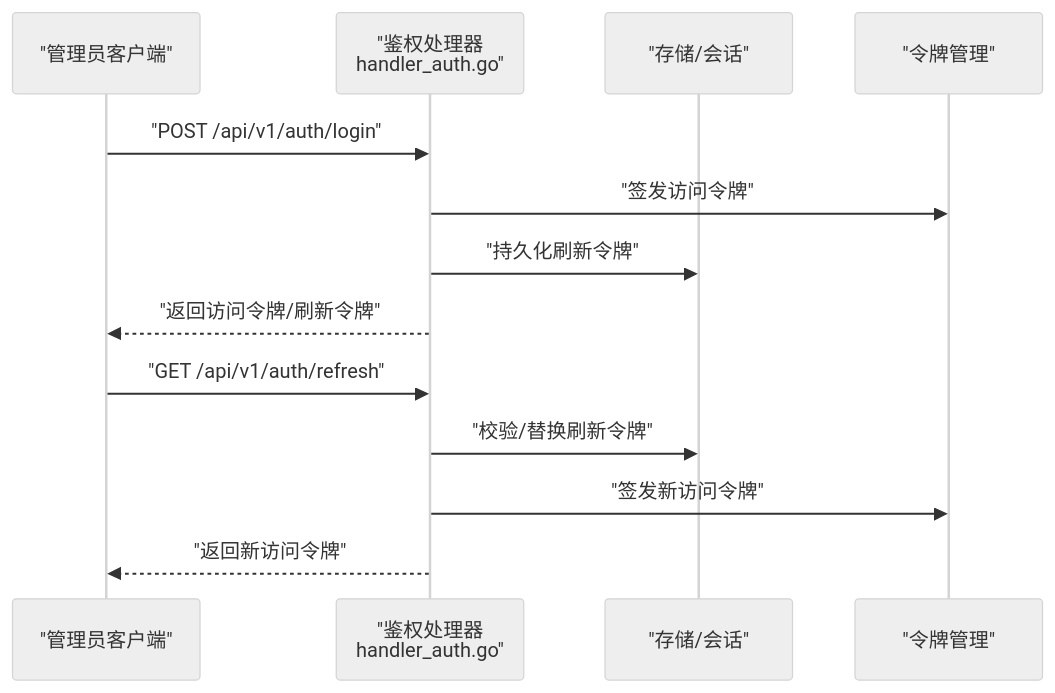
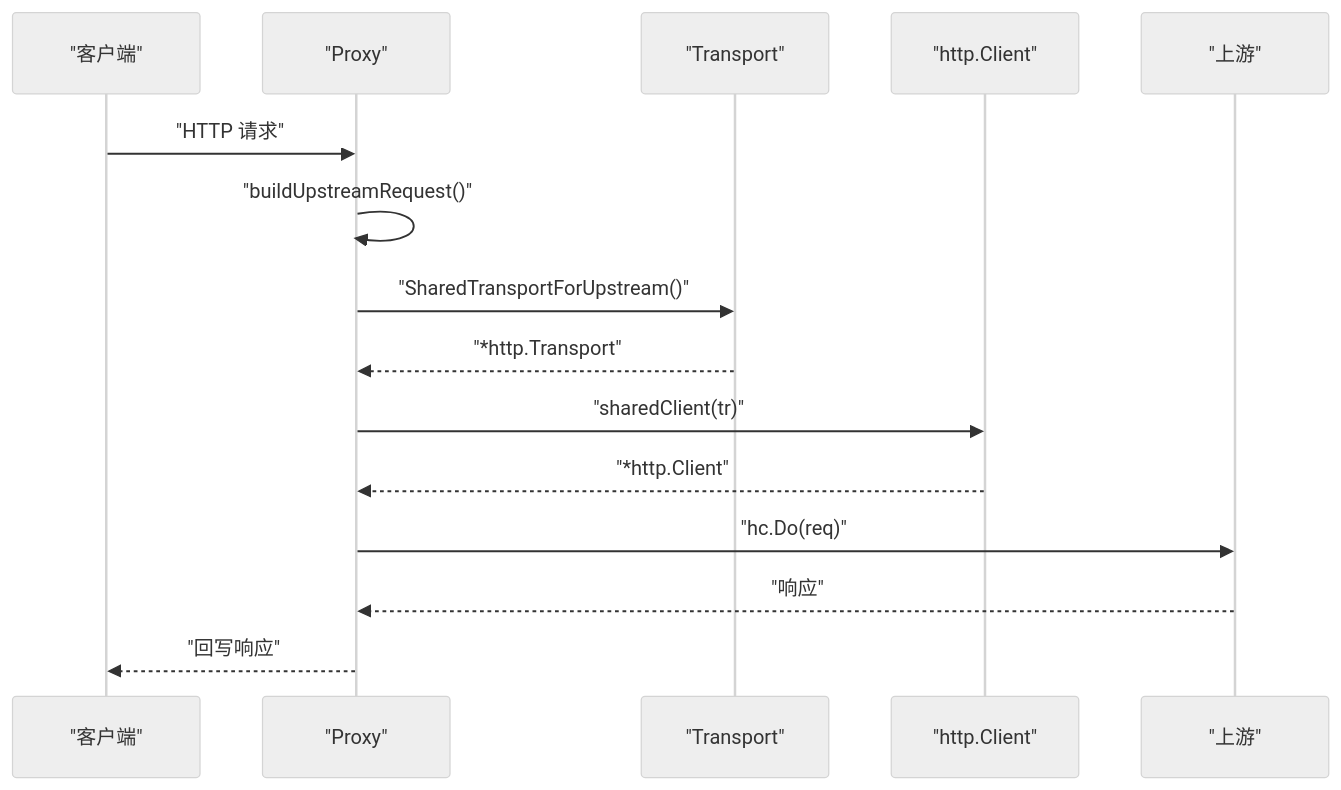
Before and after one commit to x01n/My-OpenWaf: the seventh of 8 diagrams in docs/安全机制/出站安全控制.md, drawn with Mermaid (neutral theme). The commit also changed other lines of this file and 199 other files, not shown here.

````diff
--- a/docs/安全机制/出站安全控制.md
+++ b/docs/安全机制/出站安全控制.md
@@ -263,15 +252,17 @@
 ```mermaid
 sequenceDiagram
-participant Admin as "管理员客户端"
-participant Auth as "鉴权处理器<br/>handler_auth.go"
-participant Repo as "存储/会话"
-participant Tok as "令牌管理"
-Admin->>Auth : "POST /api/v1/auth/login"
-Auth->>Tok : "签发访问令牌"
-Auth->>Repo : "持久化刷新令牌"
-Auth-->>Admin : "返回访问令牌/刷新令牌"
-Admin->>Auth : "GET /api/v1/auth/refresh"
-Auth->>Repo : "校验/替换刷新令牌"
-Auth->>Tok : "签发新访问令牌"
-Auth-->>Admin : "返回新访问令牌"
+participant C as "客户端"
+participant PRX as "Proxy"
+participant TR as "Transport"
+participant HC as "http.Client"
+participant UP as "上游"
+C->>PRX : "HTTP 请求"
+PRX->>PRX : "buildUpstreamRequest()"
+PRX->>TR : "SharedTransportForUpstream()"
+TR-->>PRX : "*http.Transport"
+PRX->>HC : "sharedClient(tr)"
+HC-->>PRX : "*http.Client"
+PRX->>UP : "hc.Do(req)"
+UP-->>PRX : "响应"
+PRX-->>C : "回写响应"
 ```
````
